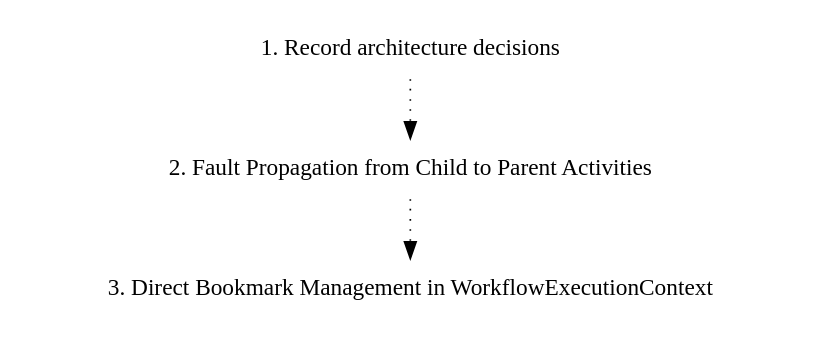
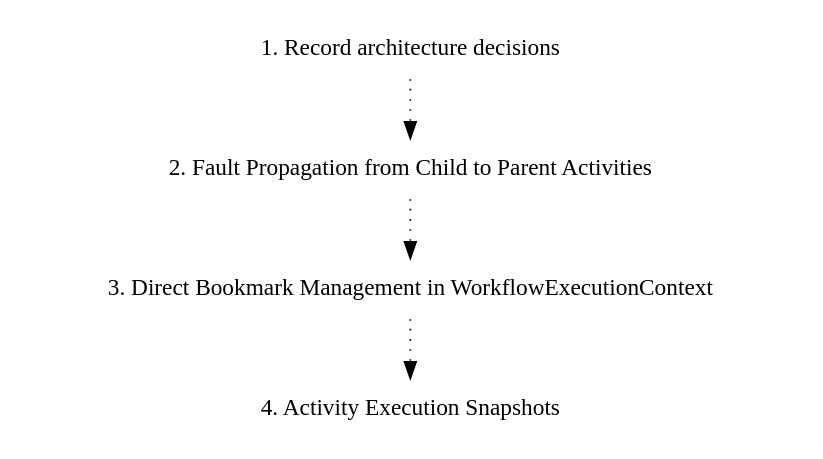
One commit to elsa-workflows/elsa-core changed the diagram in doc/adr/graph.dot. Above: the diagram before and after it, drawn with Graphviz. The commit also changed 3 other files, not shown here.

First line of the commit message:
Add Activity Execution Snapshots ADR

```diff
--- a/doc/adr/graph.dot
+++ b/doc/adr/graph.dot
@@ -1,10 +1,12 @@
 digraph {
-  node [shape=plaintext];
-  subgraph {
-    _1 [label="1. Record architecture decisions"; URL="0001-record-architecture-decisions.html"];
-    _2 [label="2. Fault Propagation from Child to Parent Activities"; URL="0002-fault-propagation-from-child-to-parent-activities.html"];
-    _1 -> _2 [style="dotted", weight=1];
-    _3 [label="3. Direct Bookmark Management in WorkflowExecutionContext"; URL="0003-direct-bookmark-management-in-workflowexecutioncontext.html"];
-    _2 -> _3 [style="dotted", weight=1];
-  }
+node [shape = plaintext];
+subgraph {
+_1 [label = "1. Record architecture decisions"; URL = "0001-record-architecture-decisions.html"];
+_2 [label = "2. Fault Propagation from Child to Parent Activities"; URL ="0002-fault-propagation-from-child-to-parent-activities.html"];
+_1 -> _2 [style= "dotted", weight = 1];
+_3 [label = "3. Direct Bookmark Management in WorkflowExecutionContext"; URL = "0003-direct-bookmark-management-in-workflowexecutioncontext.html"];
+_2 -> _3 [style = "dotted", weight = 1];
+_4 [label ="4. Activity Execution Snapshots"; URL = "0004-activity-execution-snapshots.html"];
+_3 -> _4 [style = "dotted", weight = 1];
 }
+}
```
